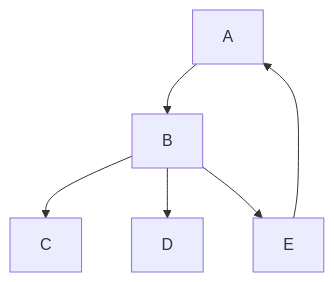
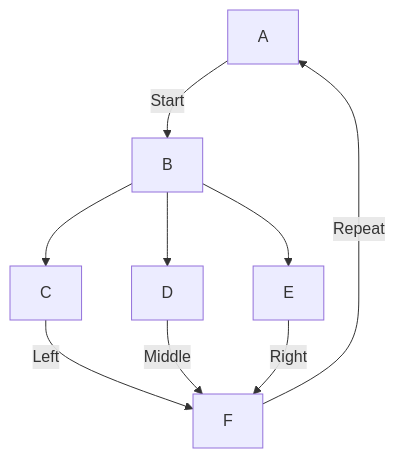
One commit to ivanov-mo/First-Project changed the diagram in readme.md. Above: the diagram before and after it, drawn with Mermaid.

Commit message:
add mermaid  block diagram

````diff
--- a/readme.md
+++ b/readme.md
@@ -46,9 +46,12 @@
 ```mermaid
 graph TD;
-	A-->B;
+	A--"Start"-->B;
 	B-->C;
 	B-->D;
 	B-->E;
-	E-->A;
+	C--"Left"-->F;
+	D--"Middle"-->F;
+	E--"Right"-->F;
+	F--"Repeat"-->A;
 
 ```
````
